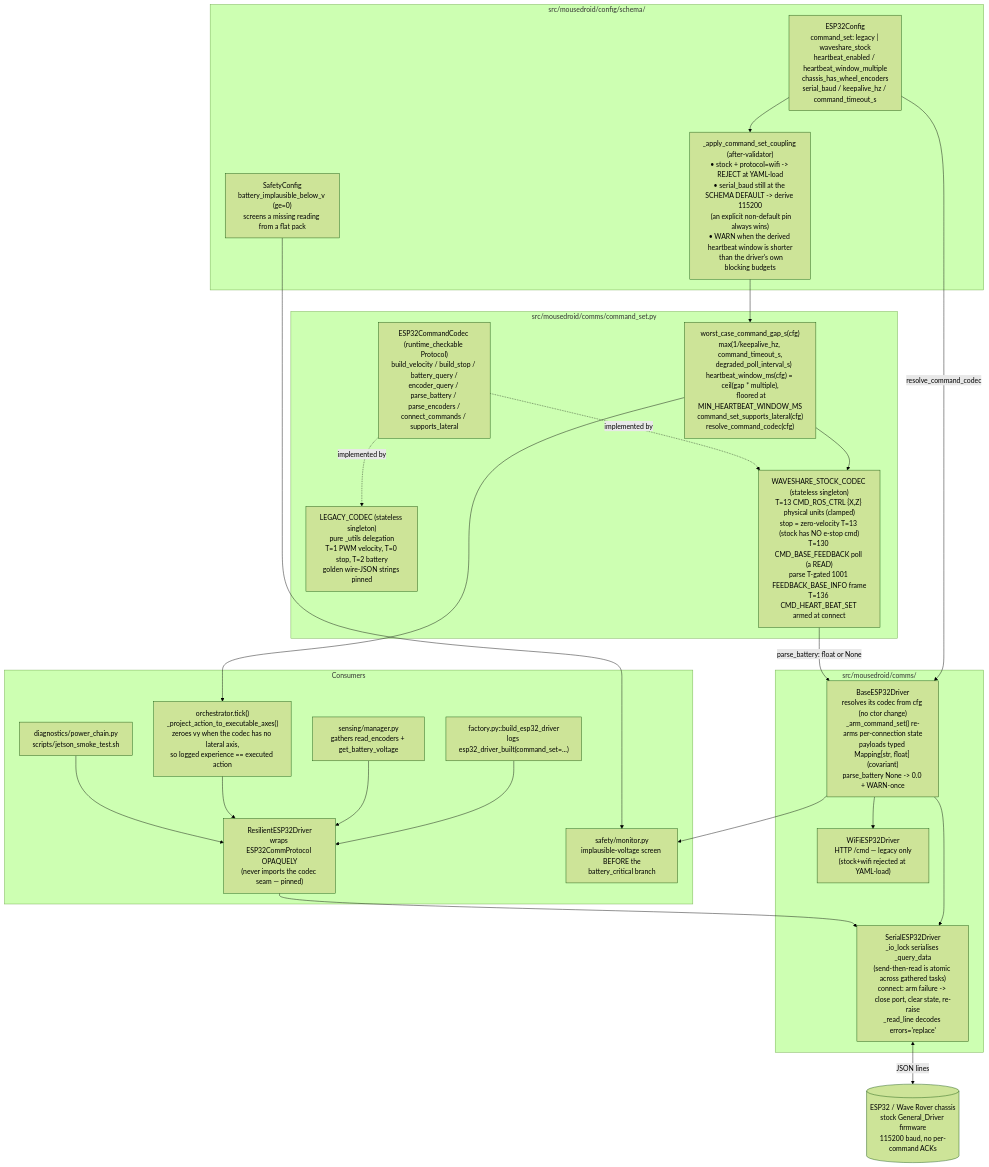
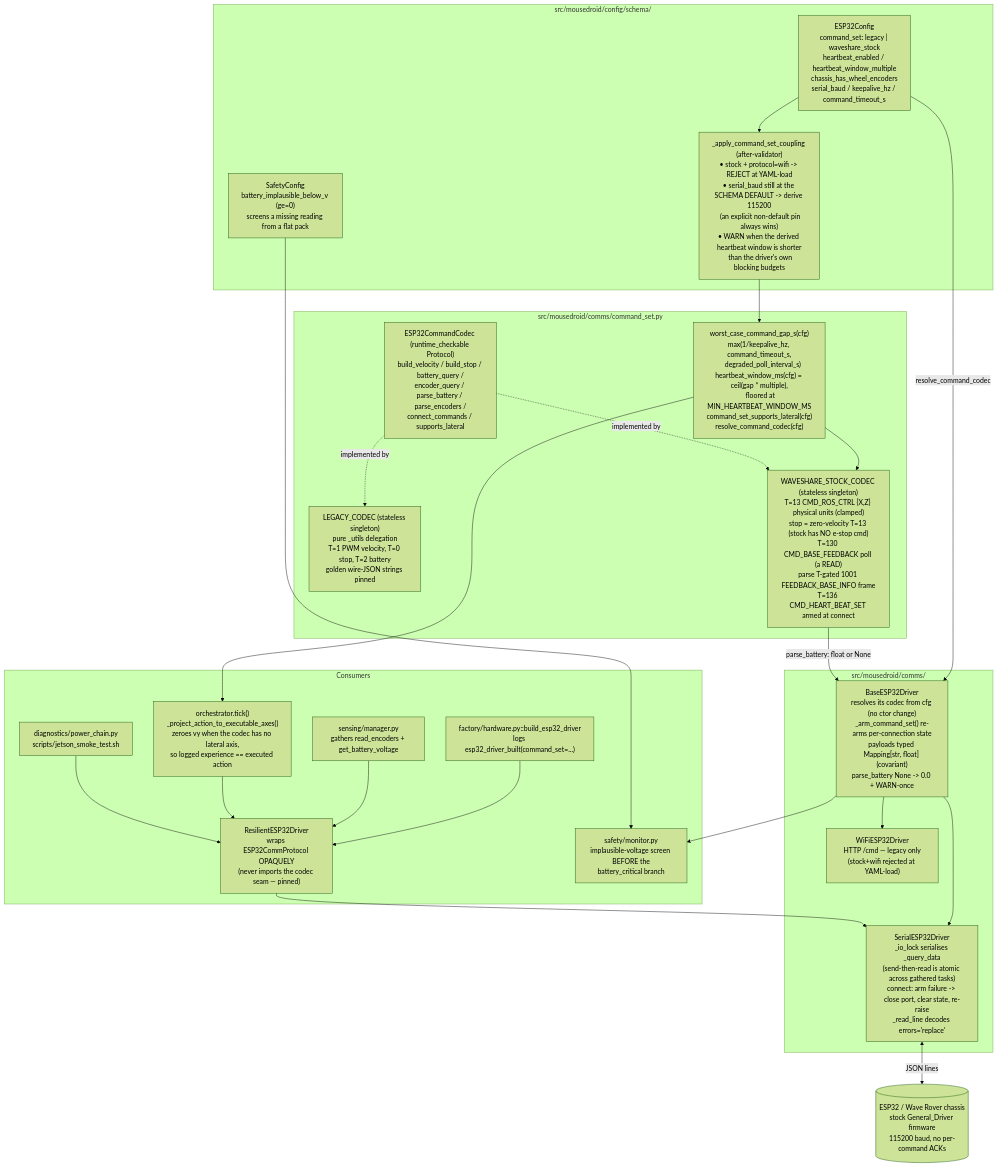
Before and after one commit to ianshank/Mouse-Droid-AGI: the diagram in docs/architecture/c4-esp32-command-set.md, drawn with Mermaid (forest theme). The commit also changed 81 other files, not shown here.

````diff
--- a/docs/architecture/c4-esp32-command-set.md
+++ b/docs/architecture/c4-esp32-command-set.md
@@ -18,51 +18,51 @@
 ```mermaid
 flowchart TB
     subgraph Config["src/mousedroid/config/schema/"]
         Cfg["ESP32Config\ncommand_set: legacy | waveshare_stock\nheartbeat_enabled / heartbeat_window_multiple\nchassis_has_wheel_encoders\nserial_baud / keepalive_hz / command_timeout_s"]
         Coupling["_apply_command_set_coupling (after-validator)\n• stock + protocol=wifi -> REJECT at YAML-load\n• serial_baud still at the SCHEMA DEFAULT -> derive 115200\n  (an explicit non-default pin always wins)\n• WARN when the derived heartbeat window is shorter\n  than the driver's own blocking budgets"]
         Safety["SafetyConfig\nbattery_implausible_below_v (ge=0)\nscreens a missing reading from a flat pack"]
     end
 
     subgraph Codec["src/mousedroid/comms/command_set.py"]
         Proto["ESP32CommandCodec (runtime_checkable Protocol)\nbuild_velocity / build_stop / battery_query /\nencoder_query / parse_battery / parse_encoders /\nconnect_commands / supports_lateral"]
         Legacy["LEGACY_CODEC (stateless singleton)\npure _utils delegation\nT=1 PWM velocity, T=0 stop, T=2 battery\ngolden wire-JSON strings pinned"]
         Stock["WAVESHARE_STOCK_CODEC (stateless singleton)\nT=13 CMD_ROS_CTRL {X,Z} physical units (clamped)\nstop = zero-velocity T=13 (stock has NO e-stop cmd)\nT=130 CMD_BASE_FEEDBACK poll (a READ)\nparse T-gated 1001 FEEDBACK_BASE_INFO frame\nT=136 CMD_HEART_BEAT_SET armed at connect"]
         Helpers["worst_case_command_gap_s(cfg)\nmax(1/keepalive_hz, command_timeout_s,\n    degraded_poll_interval_s)\nheartbeat_window_ms(cfg) = ceil(gap * multiple),\n  floored at MIN_HEARTBEAT_WINDOW_MS\ncommand_set_supports_lateral(cfg)\nresolve_command_codec(cfg)"]
     end
 
     subgraph Drivers["src/mousedroid/comms/"]
         Base["BaseESP32Driver\nresolves its codec from cfg (no ctor change)\n_arm_command_set() re-arms per-connection state\npayloads typed Mapping[str, float] (covariant)\nparse_battery None -> 0.0 + WARN-once"]
         Serial["SerialESP32Driver\n_io_lock serialises _query_data\n(send-then-read is atomic across gathered tasks)\nconnect: arm failure -> close port, clear state, re-raise\n_read_line decodes errors='replace'"]
         WiFi["WiFiESP32Driver\nHTTP /cmd — legacy only\n(stock+wifi rejected at YAML-load)"]
     end
 
     subgraph Consumers["Consumers"]
-        Factory["factory.py::build_esp32_driver\nlogs esp32_driver_built(command_set=...)"]
+        Factory["factory/hardware.py::build_esp32_driver\nlogs esp32_driver_built(command_set=...)"]
         Resil["ResilientESP32Driver\nwraps ESP32CommProtocol OPAQUELY\n(never imports the codec seam — pinned)"]
         Sensing["sensing/manager.py\ngathers read_encoders + get_battery_voltage"]
         Orch["orchestrator.tick()\n_project_action_to_executable_axes()\nzeroes vy when the codec has no lateral axis,\nso logged experience == executed action"]
         Monitor["safety/monitor.py\nimplausible-voltage screen BEFORE the\nbattery_critical branch"]
         Smoke["diagnostics/power_chain.py\nscripts/jetson_smoke_test.sh"]
     end
 
     Board[("ESP32 / Wave Rover chassis\nstock General_Driver firmware\n115200 baud, no per-command ACKs")]
 
     Cfg --> Coupling
     Coupling --> Helpers
     Helpers --> Stock
     Proto -.implemented by.-> Legacy
     Proto -.implemented by.-> Stock
     Cfg -->|resolve_command_codec| Base
     Base --> Serial
     Base --> WiFi
     Factory --> Resil
     Resil --> Serial
     Sensing --> Resil
     Orch --> Resil
     Smoke --> Resil
     Serial <-->|JSON lines| Board
     Stock -->|parse_battery: float or None| Base
     Base --> Monitor
     Safety --> Monitor
     Helpers --> Orch
 ```
````
